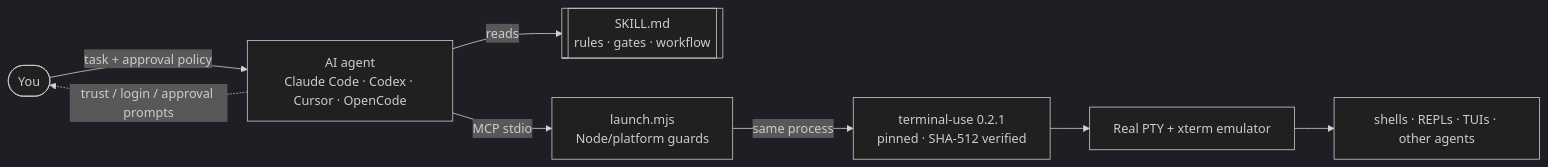
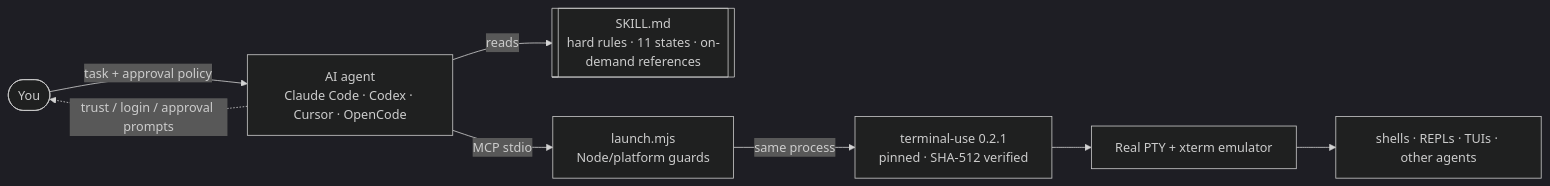
One commit to reyrodman/gentle-terminal changed the diagram in README.md. Above: the diagram before and after it, drawn with Mermaid (dark theme). The commit also changed other lines of this file and 3 other files, not shown here.

````diff
--- a/README.md
+++ b/README.md
@@ -180,10 +180,10 @@
 ```mermaid
 flowchart LR
     U([You]) -->|task + approval policy| A[AI agent<br/>Claude Code · Codex · Cursor · OpenCode]
-    A -->|reads| S[[SKILL.md<br/>rules · gates · workflow]]
+    A -->|reads| S[[SKILL.md<br/>hard rules · 11 states · on-demand references]]
     A -->|MCP stdio| L[launch.mjs<br/>Node/platform guards]
     L -->|same process| T[terminal-use 0.2.1<br/>pinned · SHA-512 verified]
     T --> P[Real PTY + xterm emulator]
     P --> X[shells · REPLs · TUIs · other agents]
     A -.->|trust / login / approval prompts| U
 ```
````
